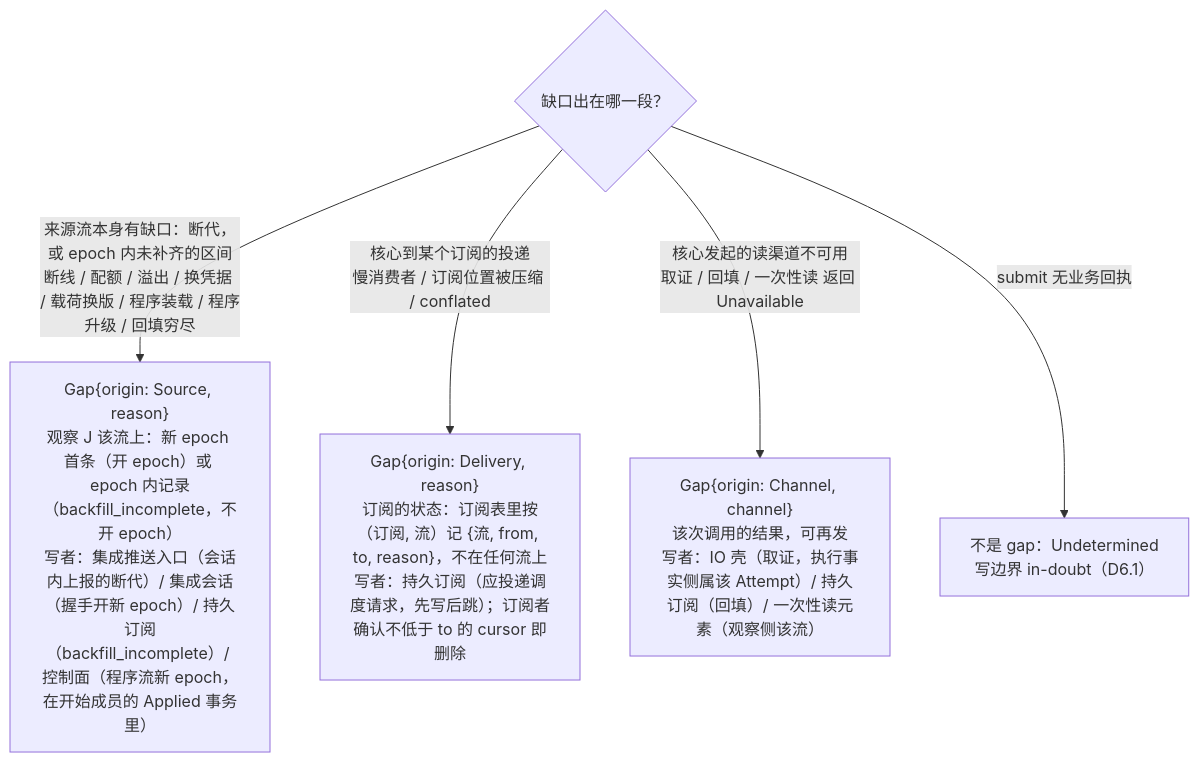
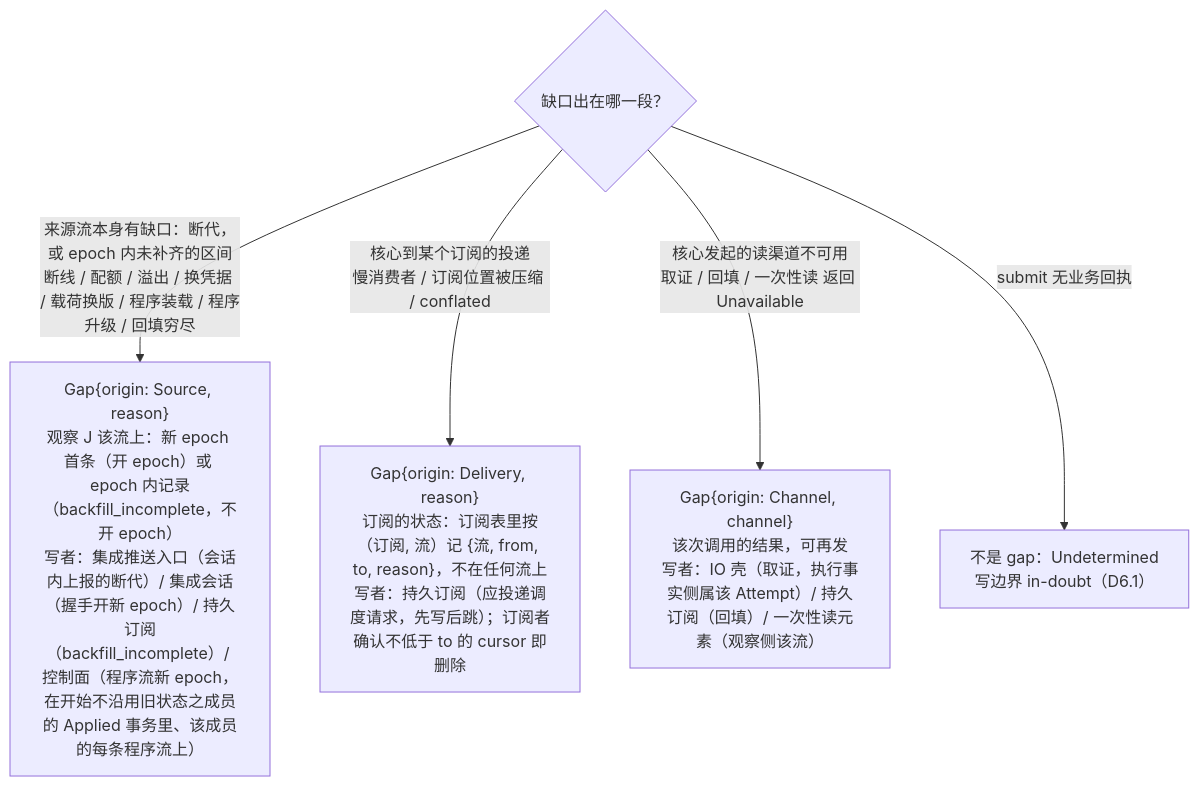
One commit to mouriya-s-lab/uta changed the sixth of 6 diagrams in design/diagrams/03-observation-ingest.md. Above: the diagram before and after it, drawn with Mermaid. The commit also changed 9 other files, not shown here.

````diff
--- a/design/diagrams/03-observation-ingest.md
+++ b/design/diagrams/03-observation-ingest.md
@@ -236,8 +236,8 @@
 ```mermaid
 flowchart TB
   Q{"缺口出在哪一段？"}
-  Q -->|"来源流本身有缺口：断代，或 epoch 内未补齐的区间<br/>断线 / 配额 / 溢出 / 换凭据 / 载荷换版 / 程序装载 / 程序升级 / 回填穷尽"| S["Gap{origin: Source, reason}<br/>观察 J 该流上：新 epoch 首条（开 epoch）或 epoch 内记录（backfill_incomplete，不开 epoch）<br/>写者：集成推送入口（会话内上报的断代）/ 集成会话（握手开新 epoch）/ 持久订阅（backfill_incomplete）/ 控制面（程序流新 epoch，在开始成员的 Applied 事务里）"]
+  Q -->|"来源流本身有缺口：断代，或 epoch 内未补齐的区间<br/>断线 / 配额 / 溢出 / 换凭据 / 载荷换版 / 程序装载 / 程序升级 / 回填穷尽"| S["Gap{origin: Source, reason}<br/>观察 J 该流上：新 epoch 首条（开 epoch）或 epoch 内记录（backfill_incomplete，不开 epoch）<br/>写者：集成推送入口（会话内上报的断代）/ 集成会话（握手开新 epoch）/ 持久订阅（backfill_incomplete）/ 控制面（程序流新 epoch，在开始不沿用旧状态之成员的 Applied 事务里、该成员的每条程序流上）"]
   Q -->|"核心到某个订阅的投递<br/>慢消费者 / 订阅位置被压缩 / conflated"| D["Gap{origin: Delivery, reason}<br/>订阅的状态：订阅表里按（订阅, 流）记 {流, from, to, reason}，不在任何流上<br/>写者：持久订阅（应投递调度请求，先写后跳）；订阅者确认不低于 to 的 cursor 即删除"]
   Q -->|"核心发起的读渠道不可用<br/>取证 / 回填 / 一次性读 返回 Unavailable"| C["Gap{origin: Channel, channel}<br/>该次调用的结果，可再发<br/>写者：IO 壳（取证，执行事实侧属该 Attempt）/ 持久订阅（回填）/ 一次性读元素（观察侧该流）"]
   Q -->|"submit 无业务回执"| U["不是 gap：Undetermined<br/>写边界 in-doubt（D6.1）"]
 ```
````
